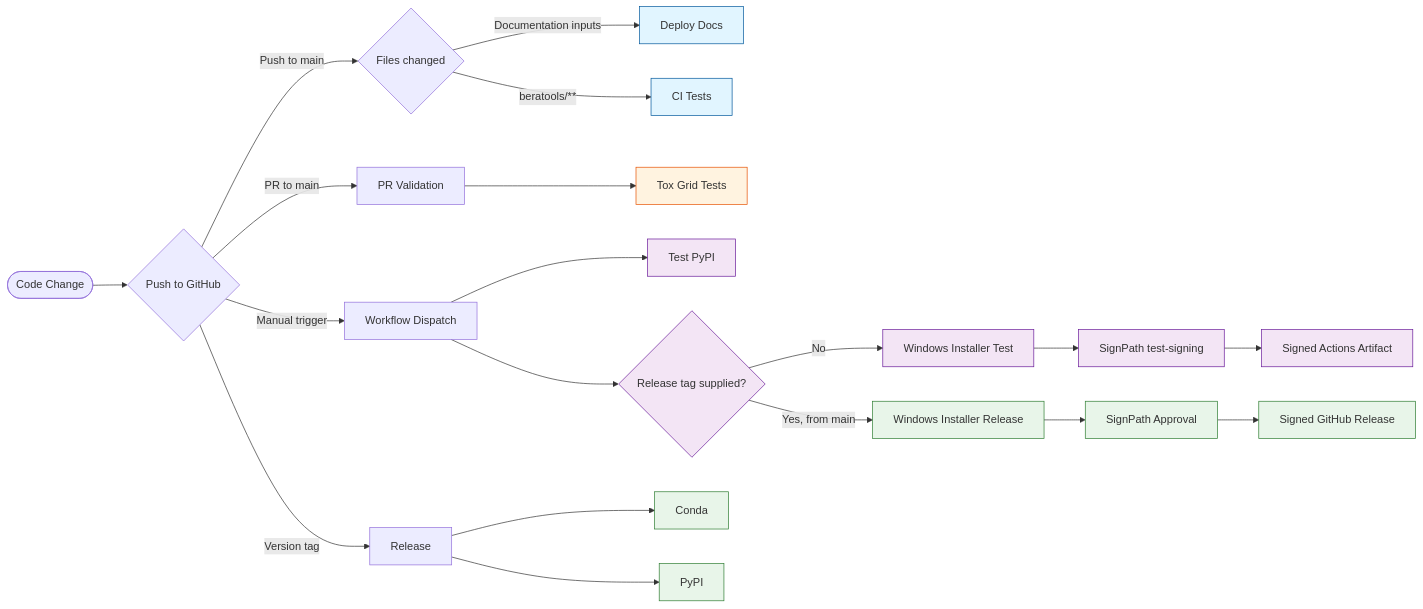
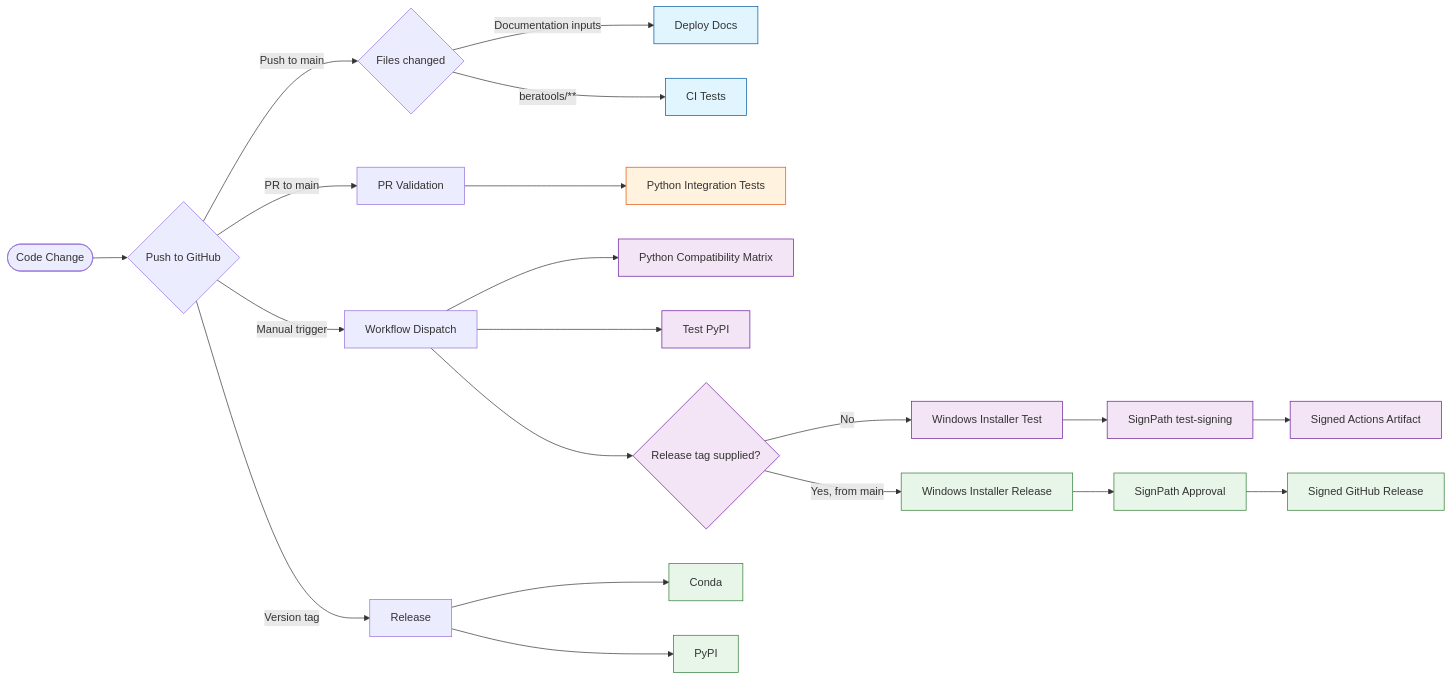
The diagram in docs/files/developer/maintainer.md (appliedgrg/beratools), drawn with Mermaid before and after one commit. The commit also changed other lines of this file and 4 other files, not shown here.

Commit message:
Rename Python test workflows

````diff
--- a/docs/files/developer/maintainer.md
+++ b/docs/files/developer/maintainer.md
@@ -92,35 +92,36 @@
 ```mermaid
 flowchart LR
     Start([Code Change]) --> CheckType{Push to GitHub}
     
     CheckType -->|Push to main| Files{Files changed}
     Files -->|Documentation inputs| Zensical[Deploy Docs]
     Files -->|beratools/**| Pytest[CI Tests]
     
     CheckType -->|PR to main| PR[PR Validation]
-    PR --> Tox[Tox Grid Tests]
+    PR --> Integration[Python Integration Tests]
 
     CheckType -->|Manual trigger| Manual[Workflow Dispatch]
+    Manual --> Compatibility[Python Compatibility Matrix]
     Manual --> PyPITest[Test PyPI]
     Manual --> InstallerMode{Release tag supplied?}
     InstallerMode -->|No| InstallerTest[Windows Installer Test]
     InstallerTest --> TestSign[SignPath test-signing]
     TestSign --> SignedTest[Signed Actions Artifact]
     InstallerMode -->|Yes, from main| WindowsInstaller[Windows Installer Release]
     WindowsInstaller --> SignPathApproval[SignPath Approval]
     SignPathApproval --> SignedRelease[Signed GitHub Release]
     
     CheckType -->|Version tag| Release[Release]
     Release --> Anaconda[Conda]
     Release --> PyPI[PyPI]
     
     classDef push fill:#e1f5ff,stroke:#01579b
     classDef pr fill:#fff3e0,stroke:#e65100
     classDef manual fill:#f3e5f5,stroke:#6a1b9a
     classDef rel fill:#e8f5e9,stroke:#2e7d32
     
     class Zensical,Pytest push
-    class PyPITest,InstallerMode,InstallerTest,TestSign,SignedTest manual
-    class Tox pr
+    class PyPITest,Compatibility,InstallerMode,InstallerTest,TestSign,SignedTest manual
+    class Integration pr
     class Anaconda,PyPI,WindowsInstaller,SignPathApproval,SignedRelease rel
 ```
````
